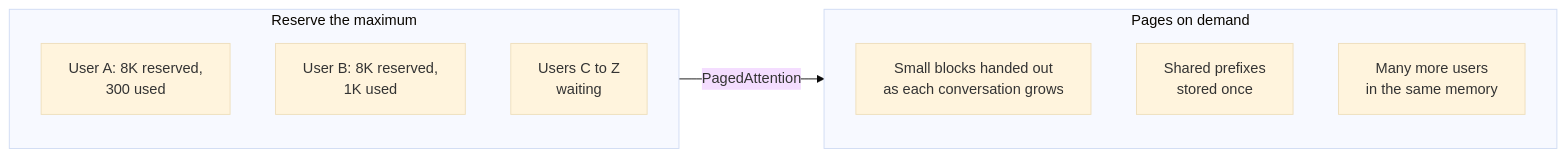
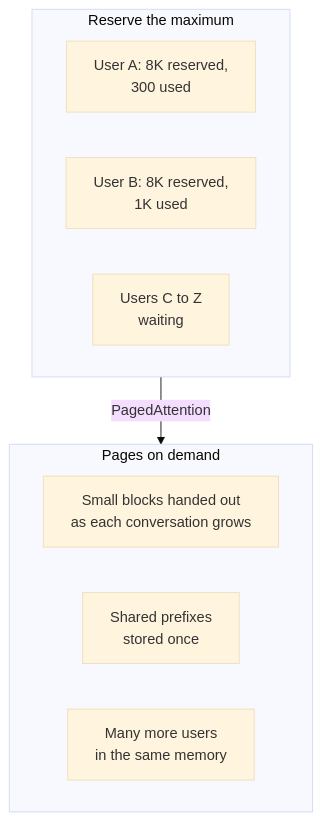
The first of 3 diagrams in src/data/blog/mlops/vllm-trilogy-of-modern-llm-scaling.md (gopikrishtummala/gopikrishtummala.github.io), drawn with Mermaid (base theme) before and after one commit. The commit also changed other lines of this file and 15 other files, not shown here.

First line of the commit message:
Restore every diagram removed in the style.md cleanup

````diff
--- a/src/data/blog/mlops/vllm-trilogy-of-modern-llm-scaling.md
+++ b/src/data/blog/mlops/vllm-trilogy-of-modern-llm-scaling.md
@@ -37,14 +37,14 @@
 ```mermaid
-flowchart LR
+flowchart TB
   subgraph Before["Reserve the maximum"]
     R1["User A: 8K reserved,<br/>300 used"]
     R2["User B: 8K reserved,<br/>1K used"]
     R3["Users C to Z<br/>waiting"]
   end
   subgraph After["Pages on demand"]
     P1["Small blocks handed out<br/>as each conversation grows"]
     P2["Shared prefixes<br/>stored once"]
     P3["Many more users<br/>in the same memory"]
   end
   Before -->|"PagedAttention"| After
 ```
````
